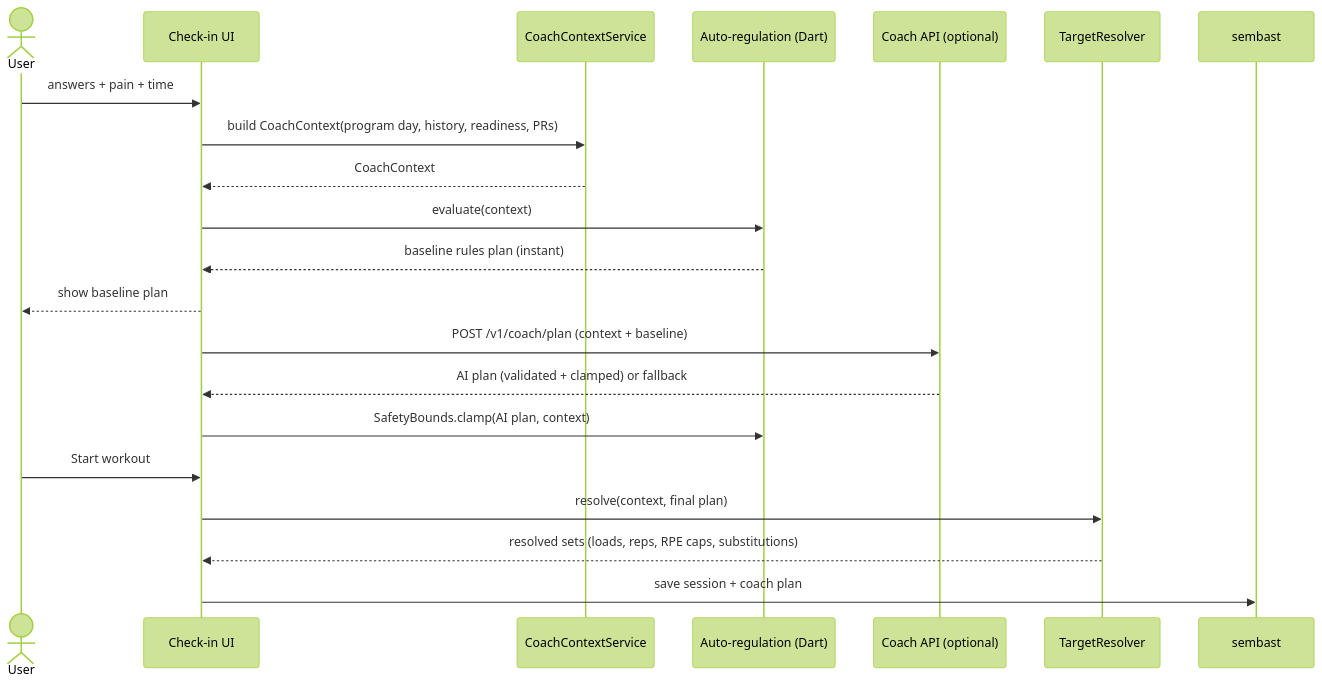
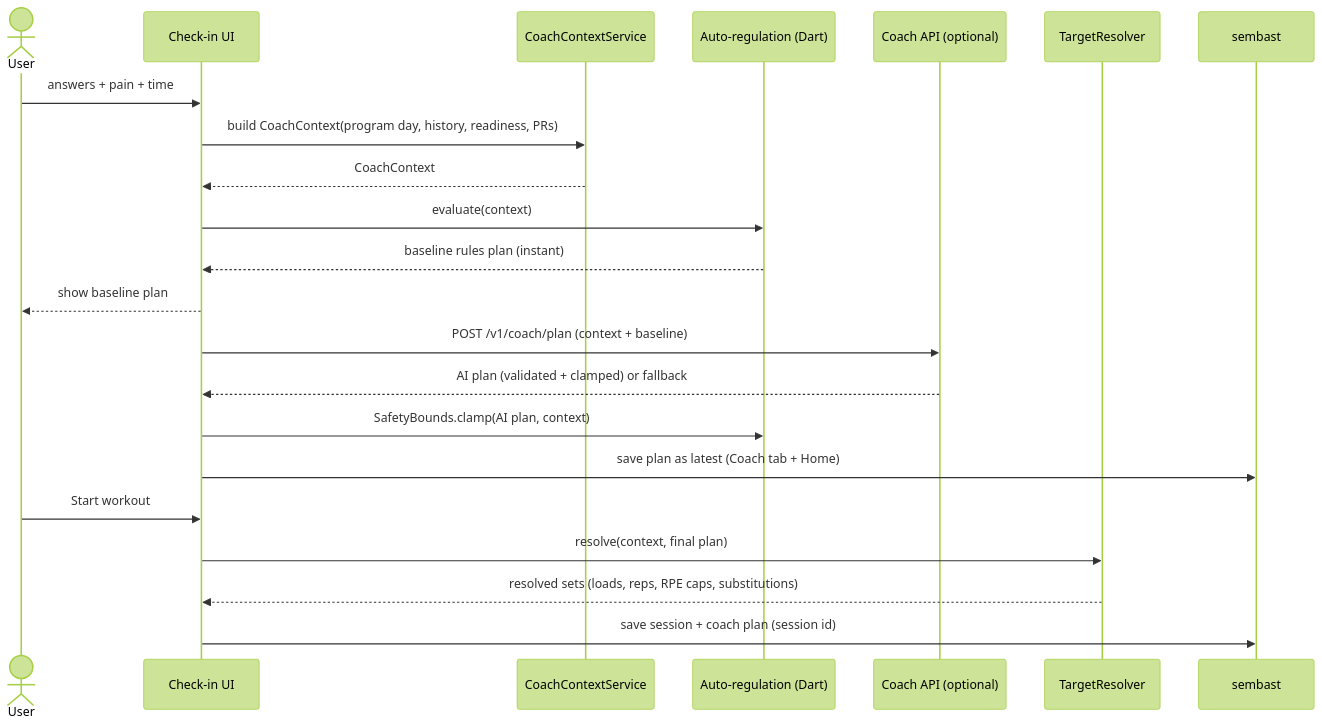
The diagram in docs/architecture.md (mariopp126/strongsense-ai), drawn with Mermaid (forest theme) before and after one commit. The commit also changed 29 other files, not shown here.

First line of the commit message:
fix(app): load the latest AI coach plan in Coach and Home (#19)

````diff
--- a/docs/architecture.md
+++ b/docs/architecture.md
@@ -40,24 +40,25 @@
 ```mermaid
 sequenceDiagram
   actor U as User
   participant UI as Check-in UI
   participant CTX as CoachContextService
   participant CORE as Auto-regulation (Dart)
   participant API as Coach API (optional)
   participant R as TargetResolver
   participant DB as sembast
 
   U->>UI: answers + pain + time
   UI->>CTX: build CoachContext(program day, history, readiness, PRs)
   CTX-->>UI: CoachContext
   UI->>CORE: evaluate(context)
   CORE-->>UI: baseline rules plan (instant)
   UI-->>U: show baseline plan
   UI->>API: POST /v1/coach/plan (context + baseline)
   API-->>UI: AI plan (validated + clamped) or fallback
   UI->>CORE: SafetyBounds.clamp(AI plan, context)
+  UI->>DB: save plan as latest (Coach tab + Home)
   U->>UI: Start workout
   UI->>R: resolve(context, final plan)
   R-->>UI: resolved sets (loads, reps, RPE caps, substitutions)
-  UI->>DB: save session + coach plan
+  UI->>DB: save session + coach plan (session id)
 ```
````
